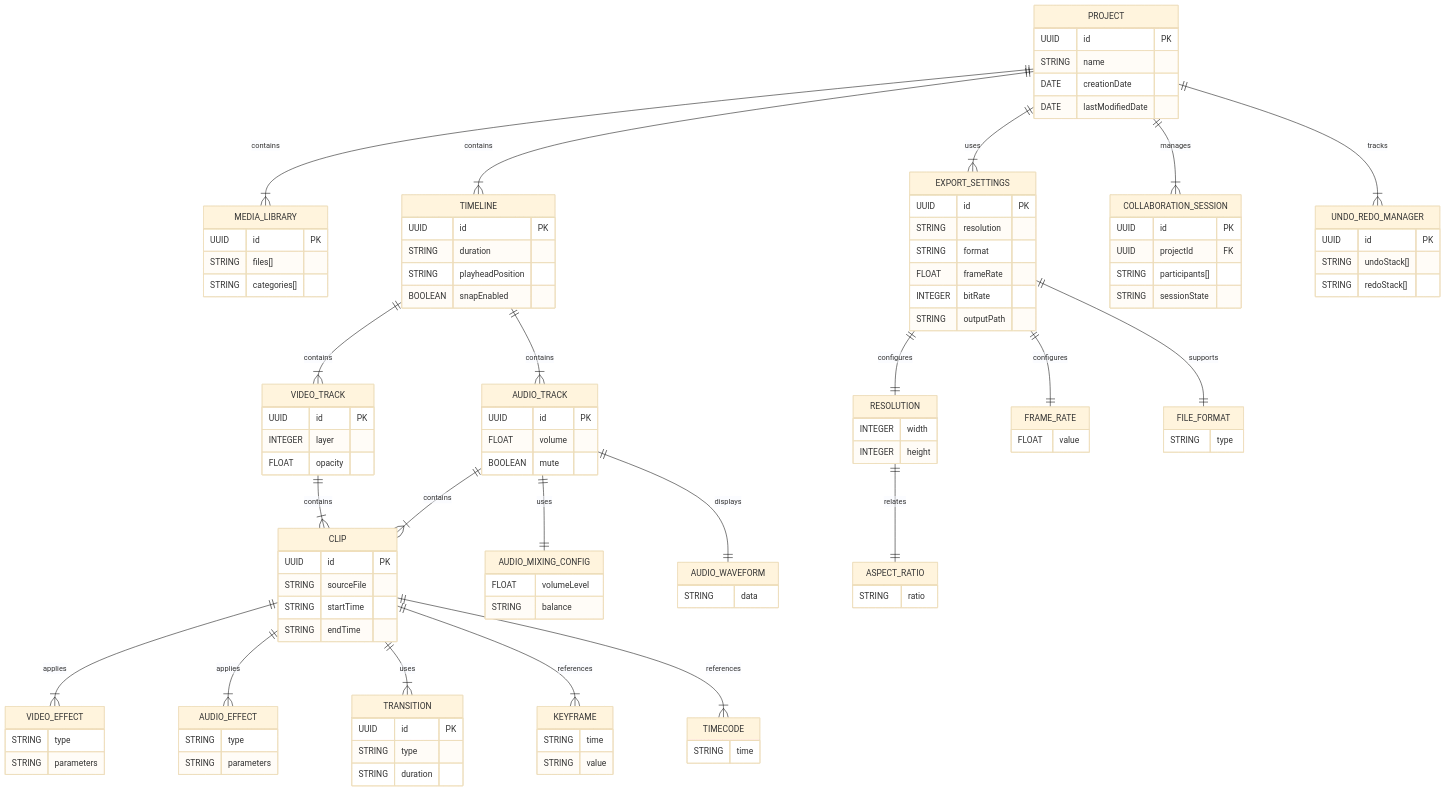
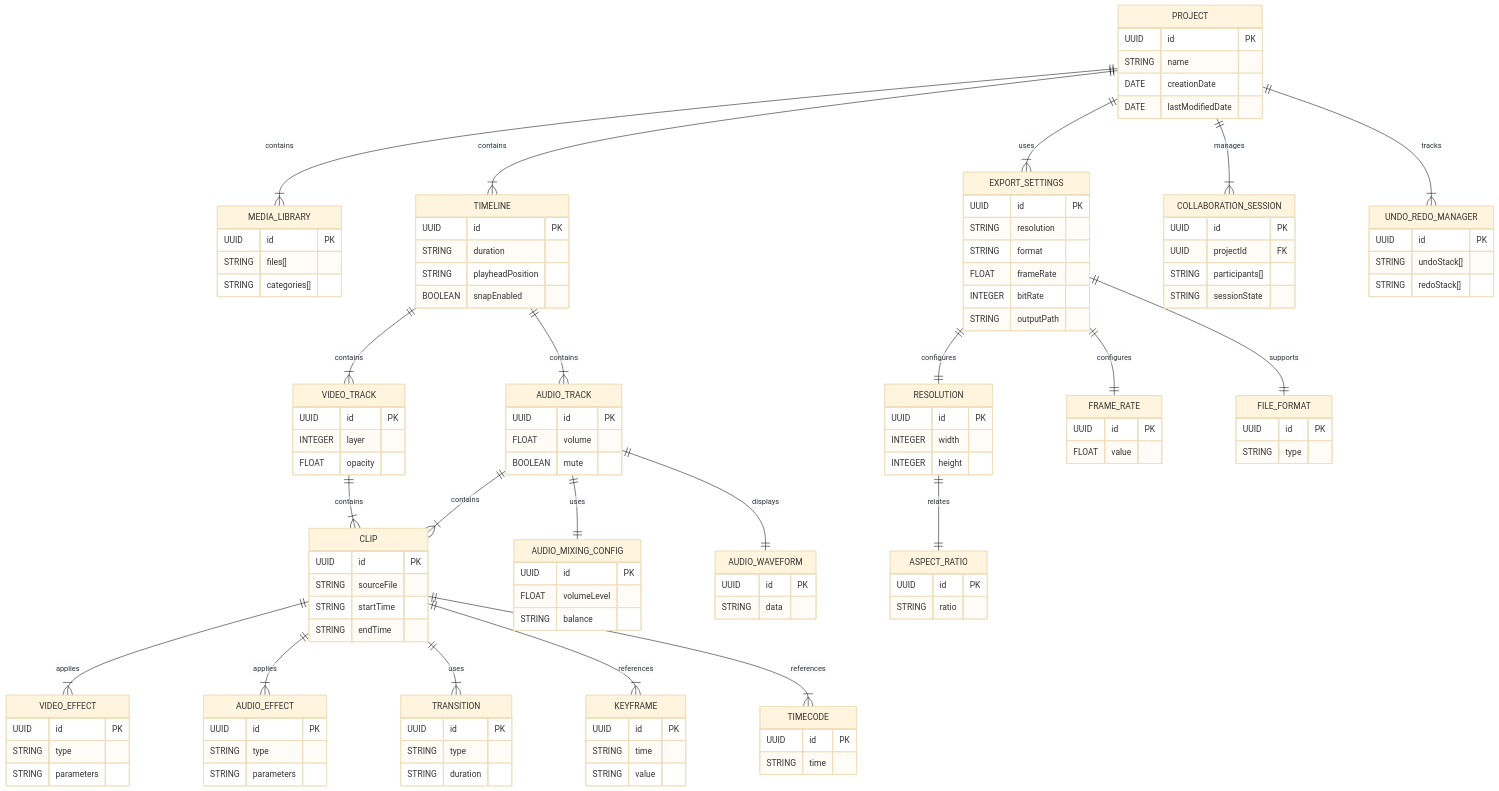
Before and after one commit to qtvhao/quickcurl: the diagram in docs/usecases/VideoEditor/erdiagram.mmd, drawn with Mermaid (base theme). The commit also changed 1 other file, not shown here.

Commit message:
Add primary keys to value objects in VideoEditor ER diagram

```diff
--- a/docs/usecases/VideoEditor/erdiagram.mmd
+++ b/docs/usecases/VideoEditor/erdiagram.mmd
@@ -1,142 +1,152 @@
 erDiagram
 %%========== ENTITIES ==========%%
 PROJECT {
   UUID id PK
   STRING name
   DATE creationDate
   DATE lastModifiedDate
 }
 
 MEDIA_LIBRARY {
   UUID id PK
   STRING files[]
   STRING categories[]
 }
 
 TIMELINE {
   UUID id PK
   STRING duration
   STRING playheadPosition
   BOOLEAN snapEnabled
 }
 
 VIDEO_TRACK {
   UUID id PK
   INTEGER layer
   FLOAT opacity
 }
 
 AUDIO_TRACK {
   UUID id PK
   FLOAT volume
   BOOLEAN mute
 }
 
 CLIP {
   UUID id PK
   STRING sourceFile
   STRING startTime
   STRING endTime
 }
 
 TRANSITION {
   UUID id PK
   STRING type
   STRING duration
 }
 
 COLLABORATION_SESSION {
   UUID id PK
   UUID projectId FK
   STRING participants[]
   STRING sessionState
 }
 
 EXPORT_SETTINGS {
   UUID id PK
   STRING resolution
   STRING format
   FLOAT frameRate
   INTEGER bitRate
   STRING outputPath
 }
 
 UNDO_REDO_MANAGER {
   UUID id PK
   STRING undoStack[]
   STRING redoStack[]
 }
 
 %%========== VALUE OBJECTS ==========%%
 RESOLUTION {
+  UUID id PK
   INTEGER width
   INTEGER height
 }
 
 FRAME_RATE {
+  UUID id PK
   FLOAT value
 }
 
 FILE_FORMAT {
+  UUID id PK
   STRING type
 }
 
 TIMECODE {
+  UUID id PK
   STRING time
 }
 
 VIDEO_EFFECT {
+  UUID id PK
   STRING type
   STRING parameters
 }
 
 AUDIO_EFFECT {
+  UUID id PK
   STRING type
   STRING parameters
 }
 
 KEYFRAME {
+  UUID id PK
   STRING time
   STRING value
 }
 
 AUDIO_MIXING_CONFIG {
+  UUID id PK
   FLOAT volumeLevel
   STRING balance
 }
 
 ASPECT_RATIO {
+  UUID id PK
   STRING ratio
 }
 
 AUDIO_WAVEFORM {
+  UUID id PK
   STRING data
 }
 
 %%========== RELATIONSHIPS ==========%%
 PROJECT ||--|{ MEDIA_LIBRARY : contains
 PROJECT ||--|{ TIMELINE : contains
 PROJECT ||--|{ EXPORT_SETTINGS : uses
 PROJECT ||--|{ COLLABORATION_SESSION : manages
 PROJECT ||--|{ UNDO_REDO_MANAGER : tracks
 
 TIMELINE ||--|{ VIDEO_TRACK : contains
 TIMELINE ||--|{ AUDIO_TRACK : contains
 
 VIDEO_TRACK ||--|{ CLIP : contains
 AUDIO_TRACK ||--|{ CLIP : contains
 
 CLIP ||--|{ VIDEO_EFFECT : applies
 CLIP ||--|{ AUDIO_EFFECT : applies
 CLIP ||--|{ TRANSITION : uses
 CLIP ||--|{ KEYFRAME : references
 CLIP ||--|{ TIMECODE : references
 
 EXPORT_SETTINGS ||--|| RESOLUTION : configures
 EXPORT_SETTINGS ||--|| FRAME_RATE : configures
 EXPORT_SETTINGS ||--|| FILE_FORMAT : supports
 
 AUDIO_TRACK ||--|| AUDIO_MIXING_CONFIG : uses
 AUDIO_TRACK ||--|| AUDIO_WAVEFORM : displays
 
 RESOLUTION ||--|| ASPECT_RATIO : relates
```
